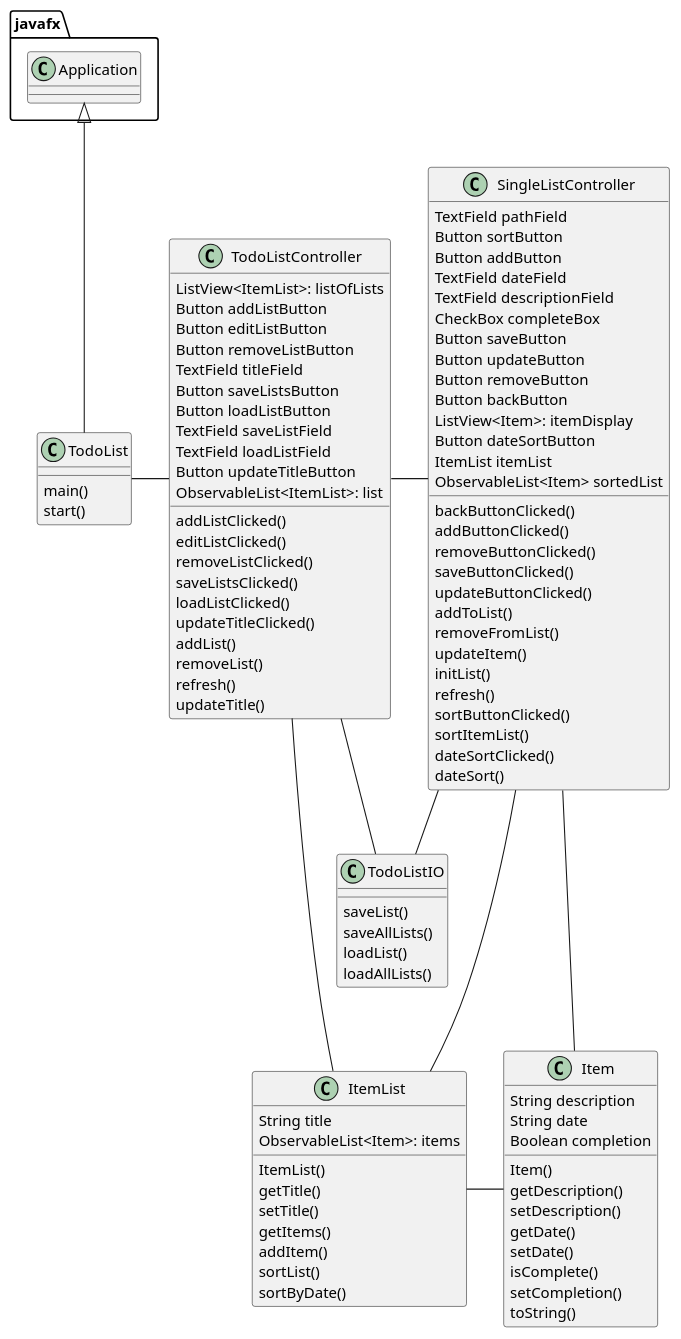
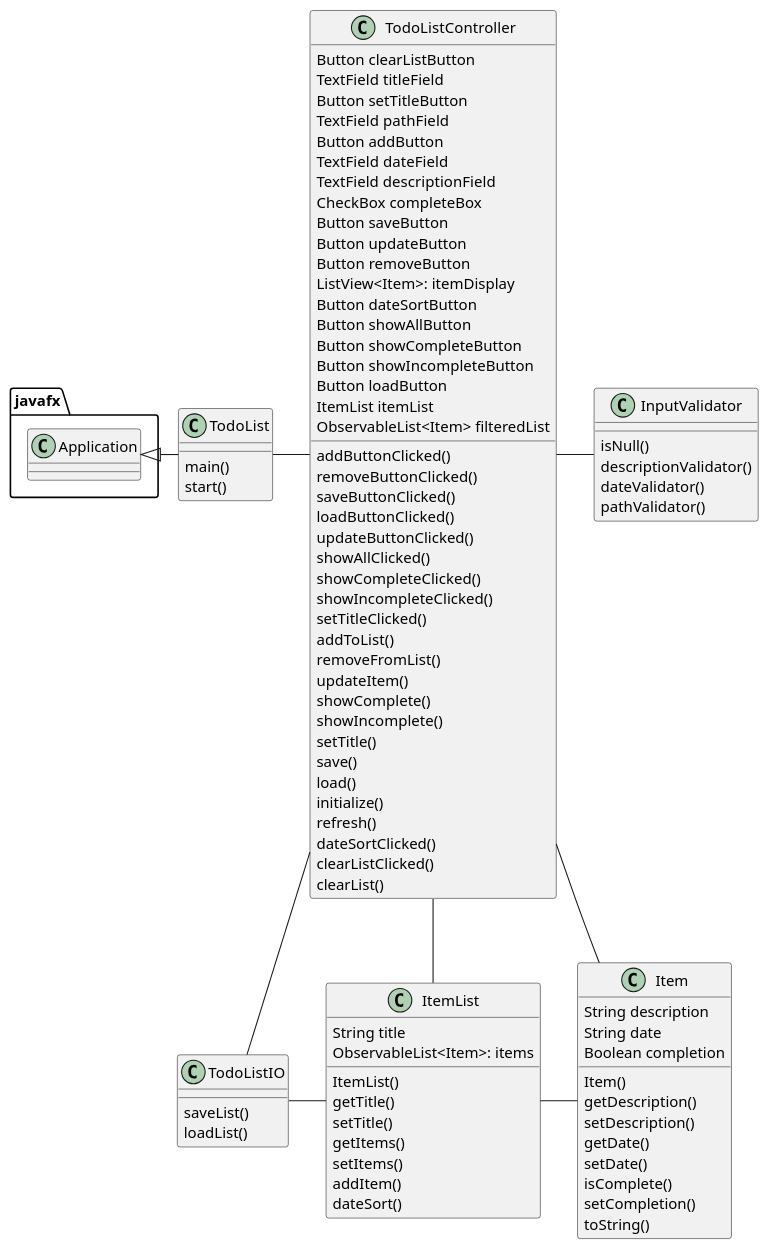
One commit to rharding8/harding-cop3330-assignment4part2 changed the diagram in uml/TodoList.puml. Above: the diagram before and after it, drawn with PlantUML. The commit also changed 1 other file, not shown here.

Commit message:
Final Commit: Updated Pseudocode and Updated UML Diagram

```diff
--- a/uml/TodoList.puml
+++ b/uml/TodoList.puml
@@ -1,107 +1,100 @@
 @startuml
 'https://plantuml.com/class-diagram
 
 class TodoList {
     main()
     start()
 }
 
 class TodoListController {
-    ListView<ItemList>: listOfLists
-    Button addListButton
-    Button editListButton
-    Button removeListButton
+    Button clearListButton
     TextField titleField
-    Button saveListsButton
-    Button loadListButton
-    TextField saveListField
-    TextField loadListField
-    Button updateTitleButton
-    ObservableList<ItemList>: list
-    addListClicked()
-    editListClicked()
-    removeListClicked()
-    saveListsClicked()
-    loadListClicked()
-    updateTitleClicked()
-    addList()
-    removeList()
-    refresh()
-    updateTitle()
-}
-
-class SingleListController {
+    Button setTitleButton
     TextField pathField
-    Button sortButton
     Button addButton
     TextField dateField
     TextField descriptionField
     CheckBox completeBox
     Button saveButton
     Button updateButton
     Button removeButton
-    Button backButton
     ListView<Item>: itemDisplay
     Button dateSortButton
+    Button showAllButton
+    Button showCompleteButton
+    Button showIncompleteButton
+    Button loadButton
     ItemList itemList
-    ObservableList<Item> sortedList
-    backButtonClicked()
+    ObservableList<Item> filteredList
     addButtonClicked()
     removeButtonClicked()
     saveButtonClicked()
+    loadButtonClicked()
     updateButtonClicked()
+    showAllClicked()
+    showCompleteClicked()
+    showIncompleteClicked()
+    setTitleClicked()
     addToList()
     removeFromList()
     updateItem()
-    initList()
+    showComplete()
+    showIncomplete()
+    setTitle()
+    save()
+    load()
+    initialize()
     refresh()
-    sortButtonClicked()
-    sortItemList()
     dateSortClicked()
-    dateSort()
+    clearListClicked()
+    clearList()
 }
 
 class Item {
     String description
     String date
     Boolean completion
     Item()
     getDescription()
     setDescription()
     getDate()
     setDate()
     isComplete()
     setCompletion()
     toString()
 }
 
 class ItemList {
     String title
     ObservableList<Item>: items
     ItemList()
     getTitle()
     setTitle()
     getItems()
+    setItems()
     addItem()
-    sortList()
-    sortByDate()
+    dateSort()
 }
 
 class TodoListIO {
     saveList()
-    saveAllLists()
     loadList()
-    loadAllLists()
 }
 
-javafx.Application <|-- TodoList
+class InputValidator {
+    isNull()
+    descriptionValidator()
+    dateValidator()
+    pathValidator()
+}
+
+javafx.Application <|- TodoList
 TodoList - TodoListController
-TodoListController - SingleListController
 TodoListController -- ItemList
+TodoListController - Item
 TodoListController -- TodoListIO
-SingleListController --- ItemList
-SingleListController - Item
-SingleListController - TodoListIO
+TodoListController - InputValidator
 ItemList - Item
+TodoListIO - ItemList
 
 @enduml
```
